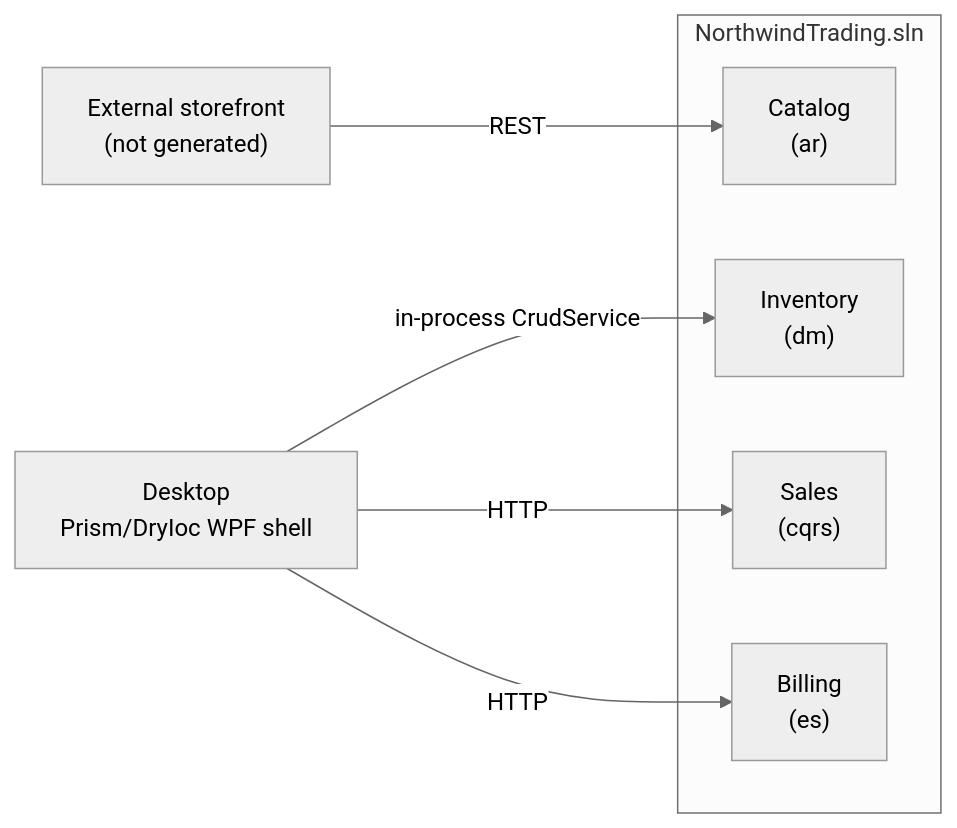
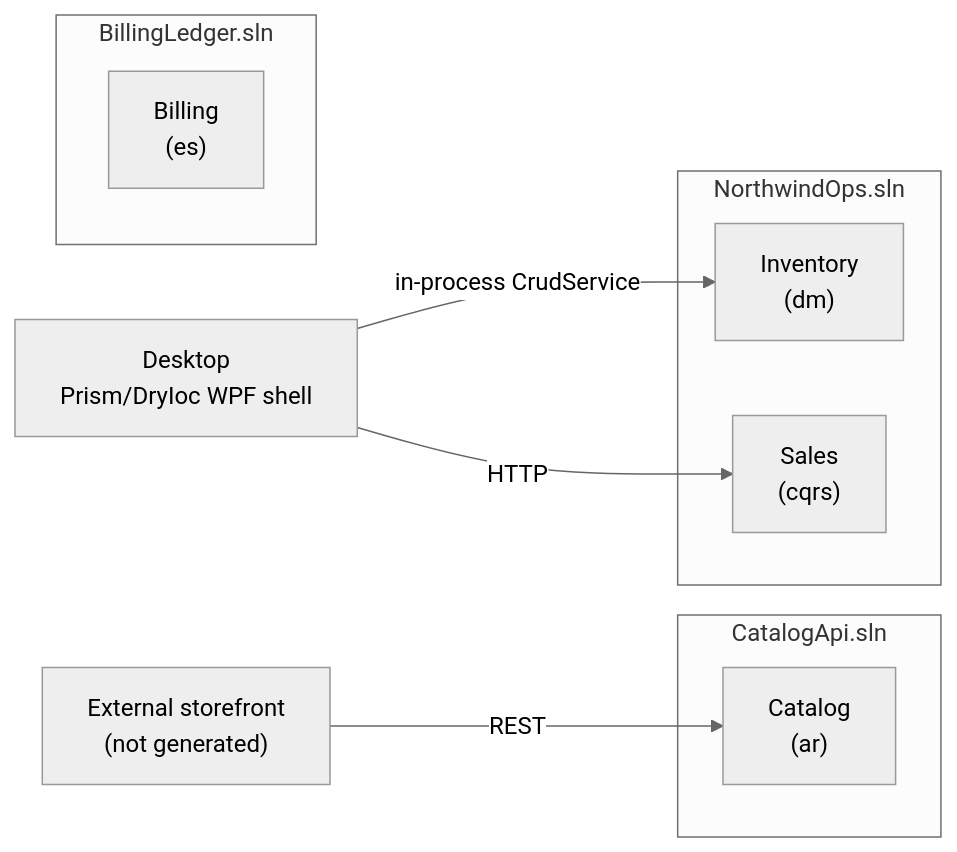
Before and after one commit to mtunjic/aspgen: the diagram in doc/aspgen-enterprise-developer-guide.md, drawn with Mermaid (neutral theme). The commit also changed other lines of this file and 6 other files, not shown here.

````diff
--- a/doc/aspgen-enterprise-developer-guide.md
+++ b/doc/aspgen-enterprise-developer-guide.md
@@ -46,16 +46,19 @@
 ```mermaid
 flowchart LR
-    subgraph Solution["NorthwindTrading.sln"]
+    subgraph CatalogApi["CatalogApi.sln"]
         Catalog["Catalog\n(ar)"]
+    end
+    subgraph NorthwindOps["NorthwindOps.sln"]
         Inventory["Inventory\n(dm)"]
         Sales["Sales\n(cqrs)"]
+    end
+    subgraph BillingLedger["BillingLedger.sln"]
         Billing["Billing\n(es)"]
     end
     Desktop["Desktop\nPrism/DryIoc WPF shell"]
     Storefront["External storefront\n(not generated)"]
 
     Storefront -->|REST| Catalog
     Desktop -->|in-process CrudService| Inventory
     Desktop -->|HTTP| Sales
-    Desktop -->|HTTP| Billing
 ```
````
